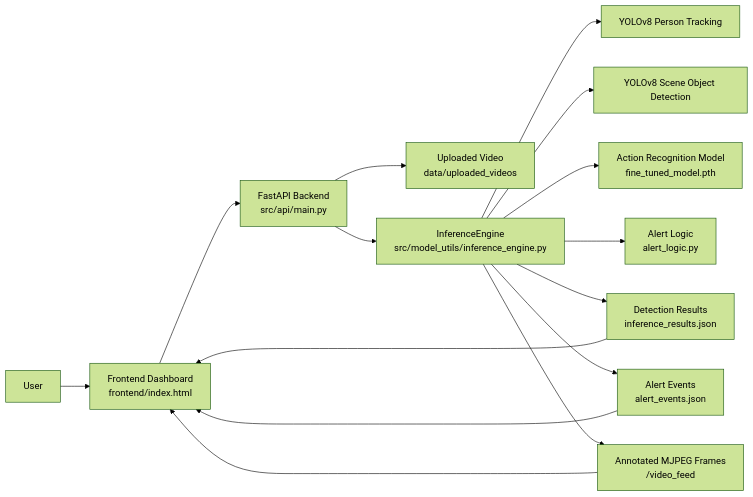
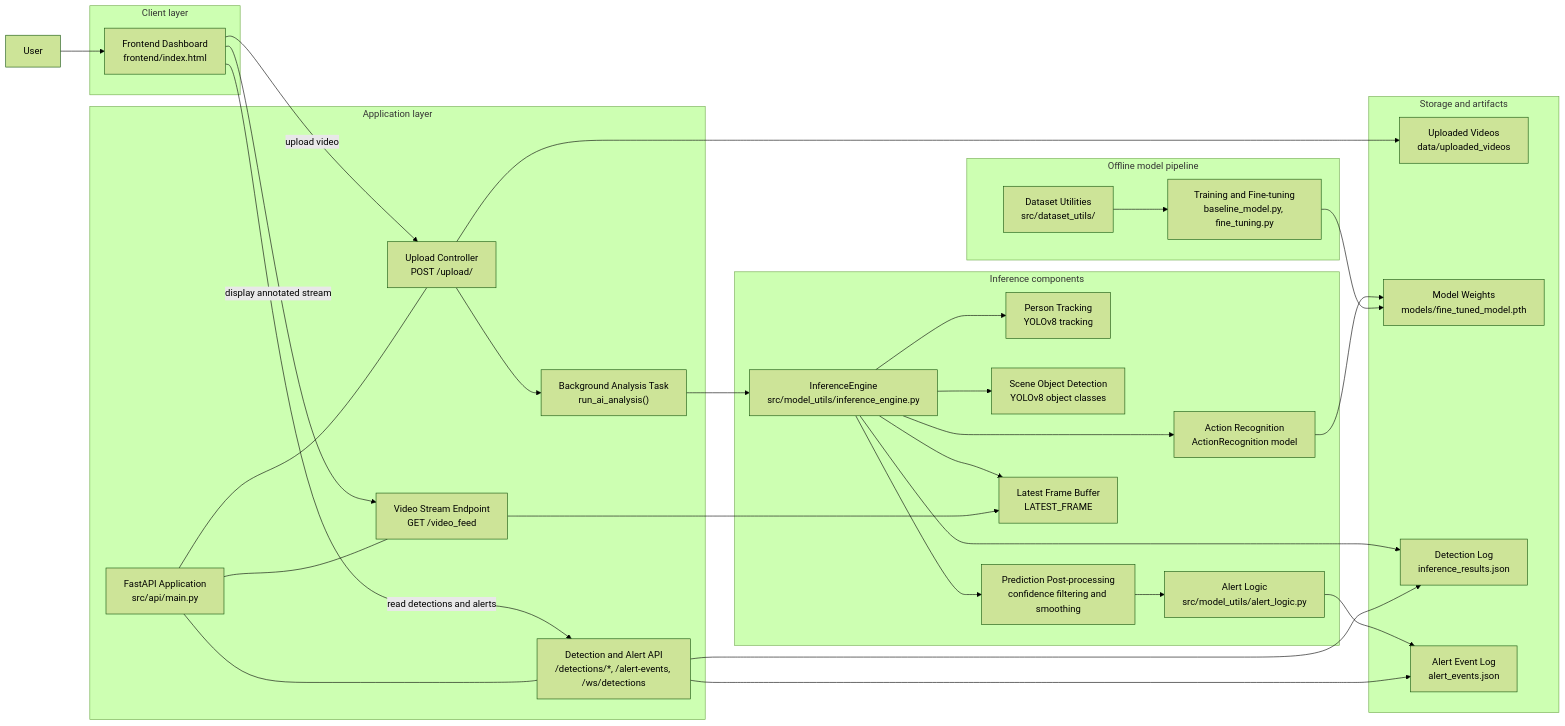
Before and after one commit to Magda1103/Problem-Workshop-in-Software-Engineering: the first of 5 diagrams in PROJECT_DOCUMENTATION.md, drawn with Mermaid (forest theme). The commit also changed other lines of this file and 2 other files, not shown here.

Commit message:
Md change

````diff
--- a/PROJECT_DOCUMENTATION.md
+++ b/PROJECT_DOCUMENTATION.md
@@ -161,17 +164,69 @@
 ```mermaid
 flowchart LR
-    U["User"] --> FE["Frontend Dashboard<br/>frontend/index.html"]
-    FE --> API["FastAPI Backend<br/>src/api/main.py"]
-    API --> UP["Uploaded Video<br/>data/uploaded_videos"]
-    API --> IE["InferenceEngine<br/>src/model_utils/inference_engine.py"]
-    IE --> YOLO1["YOLOv8 Person Tracking"]
-    IE --> YOLO2["YOLOv8 Scene Object Detection"]
-    IE --> AR["Action Recognition Model<br/>fine_tuned_model.pth"]
-    IE --> AL["Alert Logic<br/>alert_logic.py"]
-    IE --> JSON1["Detection Results<br/>inference_results.json"]
-    IE --> JSON2["Alert Events<br/>alert_events.json"]
-    IE --> STREAM["Annotated MJPEG Frames<br/>/video_feed"]
-    STREAM --> FE
-    JSON1 --> FE
-    JSON2 --> FE
+    U["User"]
+
+    subgraph Client["Client layer"]
+        FE["Frontend Dashboard<br/>frontend/index.html"]
+    end
+
+    subgraph Backend["Application layer"]
+        API["FastAPI Application<br/>src/api/main.py"]
+        Upload["Upload Controller<br/>POST /upload/"]
+        Stream["Video Stream Endpoint<br/>GET /video_feed"]
+        DetectionAPI["Detection and Alert API<br/>/detections/*, /alert-events, /ws/detections"]
+        Task["Background Analysis Task<br/>run_ai_analysis()"]
+    end
+
+    subgraph Inference["Inference components"]
+        Engine["InferenceEngine<br/>src/model_utils/inference_engine.py"]
+        Tracker["Person Tracking<br/>YOLOv8 tracking"]
+        Scene["Scene Object Detection<br/>YOLOv8 object classes"]
+        Classifier["Action Recognition<br/>ActionRecognition model"]
+        Postprocess["Prediction Post-processing<br/>confidence filtering and smoothing"]
+        Alerts["Alert Logic<br/>src/model_utils/alert_logic.py"]
+        FrameBuffer["Latest Frame Buffer<br/>LATEST_FRAME"]
+    end
+
+    subgraph Storage["Storage and artifacts"]
+        UploadedVideos["Uploaded Videos<br/>data/uploaded_videos"]
+        ModelWeights["Model Weights<br/>models/fine_tuned_model.pth"]
+        DetectionLog["Detection Log<br/>inference_results.json"]
+        AlertLog["Alert Event Log<br/>alert_events.json"]
+    end
+
+    subgraph Training["Offline model pipeline"]
+        DatasetTools["Dataset Utilities<br/>src/dataset_utils/"]
+        TrainingPipeline["Training and Fine-tuning<br/>baseline_model.py, fine_tuning.py"]
+    end
+
+    U --> FE
+    FE -->|upload video| Upload
+    FE -->|read detections and alerts| DetectionAPI
+    FE -->|display annotated stream| Stream
+
+    API --- Upload
+    API --- DetectionAPI
+    API --- Stream
+
+    Upload --> UploadedVideos
+    Upload --> Task
+    Task --> Engine
+
+    Engine --> Tracker
+    Engine --> Scene
+    Engine --> Classifier
+    Engine --> Postprocess
+    Postprocess --> Alerts
+    Classifier --> ModelWeights
+
+    Engine --> FrameBuffer
+    Engine --> DetectionLog
+    Alerts --> AlertLog
+
+    Stream --> FrameBuffer
+    DetectionAPI --> DetectionLog
+    DetectionAPI --> AlertLog
+
+    DatasetTools --> TrainingPipeline
+    TrainingPipeline --> ModelWeights
 ```
````
